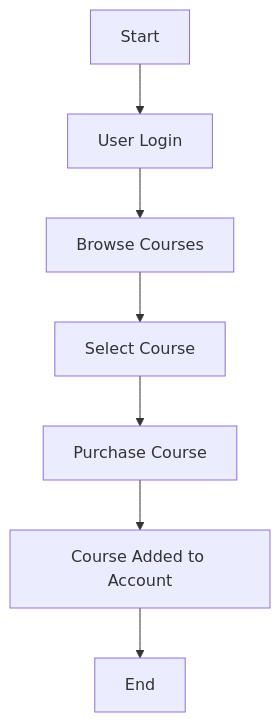
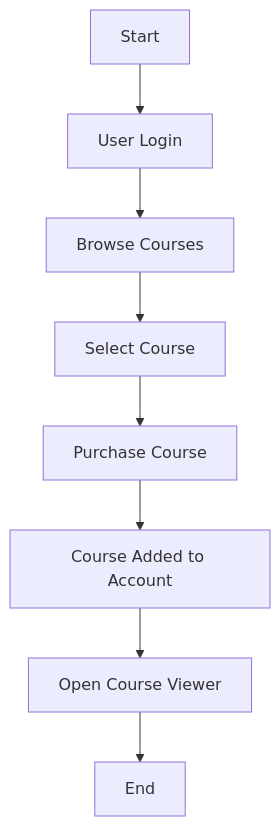
One commit to laveshgaur/LearnFlow changed the second of 6 diagrams in FUNCTIONAL_DOCUMENT.md. Above: the diagram before and after it, drawn with Mermaid. The commit also changed other lines of this file and 11 other files, not shown here.

````diff
--- a/FUNCTIONAL_DOCUMENT.md
+++ b/FUNCTIONAL_DOCUMENT.md
@@ -147,9 +170,10 @@
 ```mermaid
 flowchart TD
 A[Start] --> B[User Login]
 B --> C[Browse Courses]
 C --> D[Select Course]
 D --> E[Purchase Course]
 E --> F[Course Added to Account]
-F --> G[End]
+F --> G[Open Course Viewer]
+G --> H[End]
 ```
````
